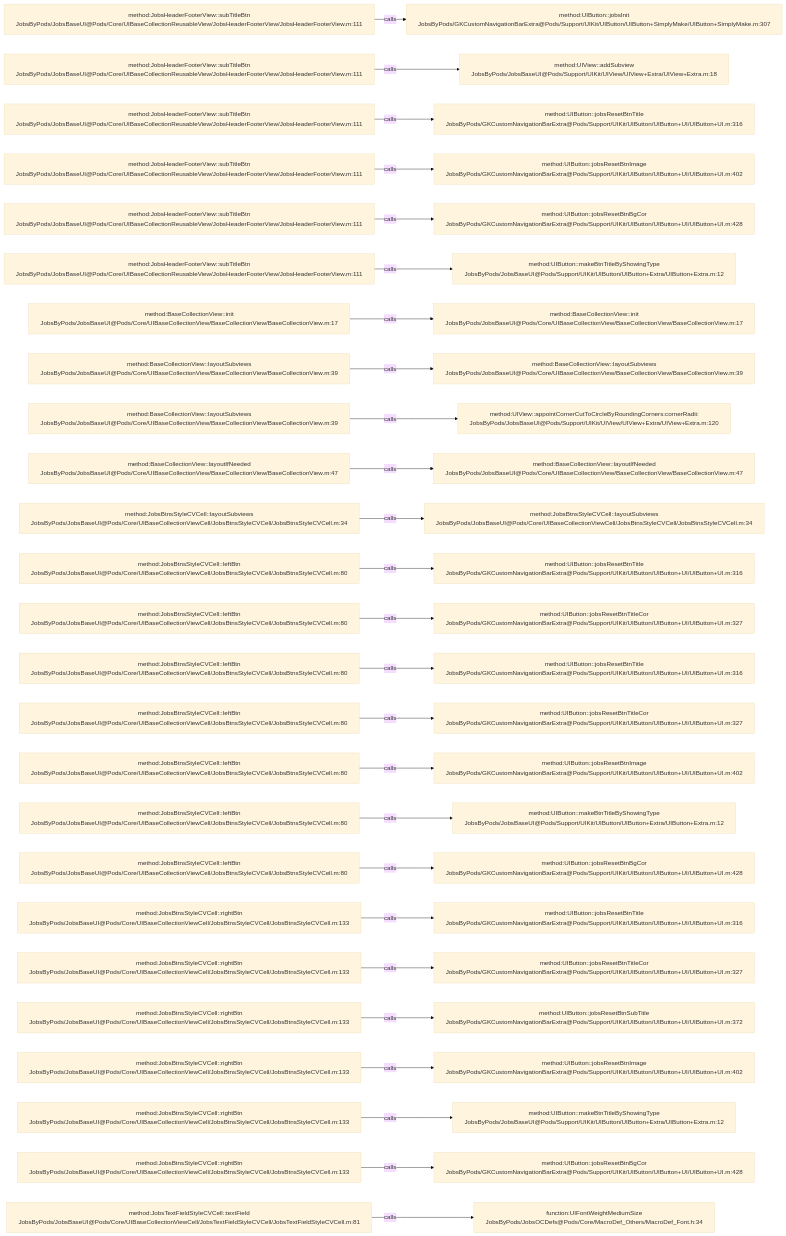
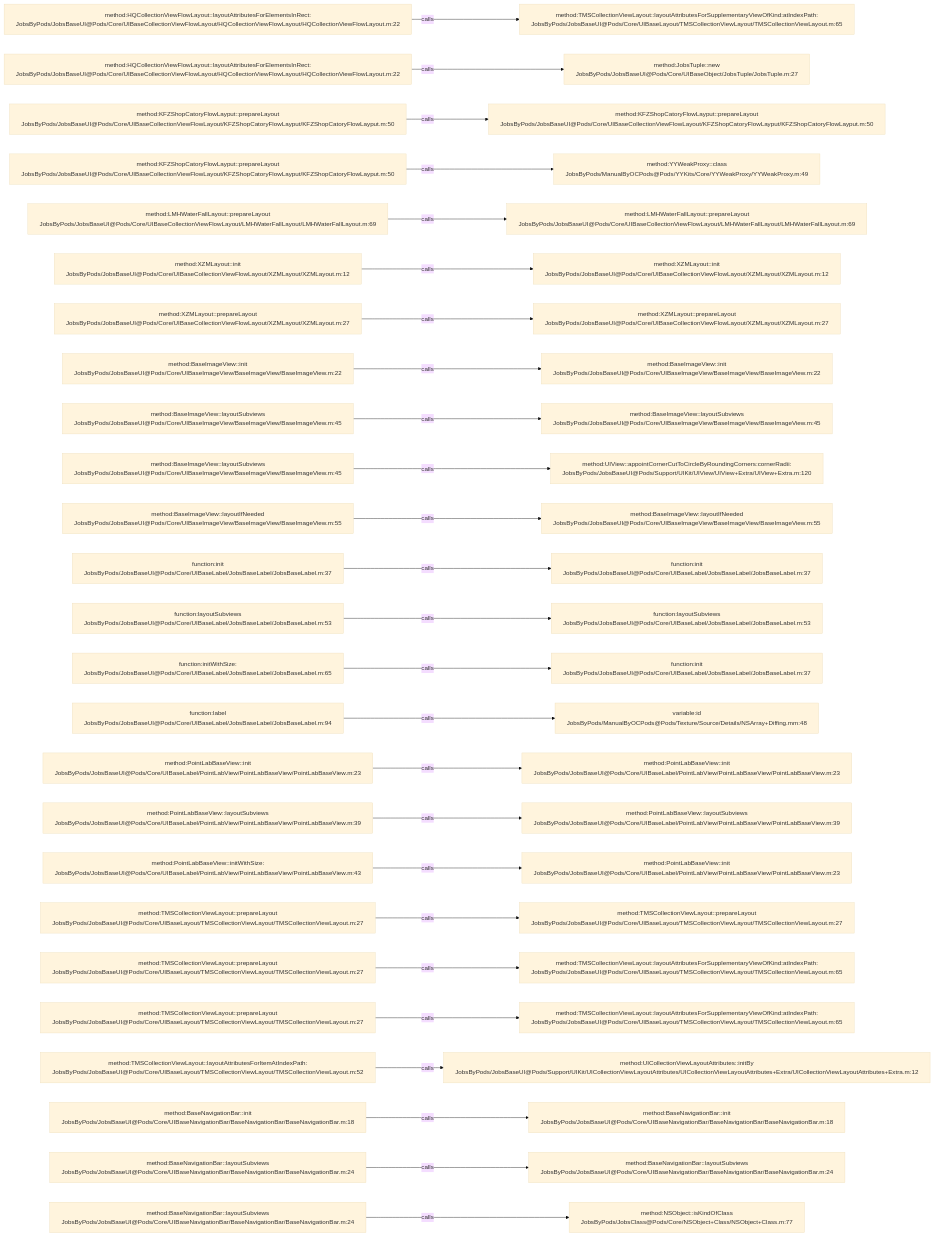
Before and after one commit to JobsKits/JobsOCBaseConfigDemo: the diagram in .codegraph/codegraph.md/graphs/calls-028.md, drawn with Mermaid (base theme). The commit also changed 639 other files, not shown here.

````diff
--- a/.codegraph/codegraph.md/graphs/calls-028.md
+++ b/.codegraph/codegraph.md/graphs/calls-028.md
@@ -13,78 +13,78 @@
 ```mermaid
 flowchart LR
-  S1["method:JobsHeaderFooterView::subTitleBtn<br/>JobsByPods/JobsBaseUI@Pods/Core/UIBaseCollectionReusableView/JobsHeaderFooterView/JobsHeaderFooterView.m:111"]
-  T1["method:UIButton::jobsInit<br/>JobsByPods/GKCustomNavigationBarExtra@Pods/Support/UIKit/UIButton/UIButton+SimplyMake/UIButton+SimplyMake.m:307"]
+  S1["method:HQCollectionViewFlowLayout::layoutAttributesForElementsInRect:<br/>JobsByPods/JobsBaseUI@Pods/Core/UIBaseCollectionViewFlowLayout/HQCollectionViewFlowLayout/HQCollectionViewFlowLayout.m:22"]
+  T1["method:TMSCollectionViewLayout::layoutAttributesForSupplementaryViewOfKind:atIndexPath:<br/>JobsByPods/JobsBaseUI@Pods/Core/UIBaseLayout/TMSCollectionViewLayout/TMSCollectionViewLayout.m:65"]
   S1 -->|calls| T1
-  S2["method:JobsHeaderFooterView::subTitleBtn<br/>JobsByPods/JobsBaseUI@Pods/Core/UIBaseCollectionReusableView/JobsHeaderFooterView/JobsHeaderFooterView.m:111"]
-  T2["method:UIView::addSubview<br/>JobsByPods/JobsBaseUI@Pods/Support/UIKit/UIView/UIView+Extra/UIView+Extra.m:18"]
+  S2["method:HQCollectionViewFlowLayout::layoutAttributesForElementsInRect:<br/>JobsByPods/JobsBaseUI@Pods/Core/UIBaseCollectionViewFlowLayout/HQCollectionViewFlowLayout/HQCollectionViewFlowLayout.m:22"]
+  T2["method:JobsTuple::new<br/>JobsByPods/JobsBaseUI@Pods/Core/UIBaseObject/JobsTuple/JobsTuple.m:27"]
   S2 -->|calls| T2
-  S3["method:JobsHeaderFooterView::subTitleBtn<br/>JobsByPods/JobsBaseUI@Pods/Core/UIBaseCollectionReusableView/JobsHeaderFooterView/JobsHeaderFooterView.m:111"]
-  T3["method:UIButton::jobsResetBtnTitle<br/>JobsByPods/GKCustomNavigationBarExtra@Pods/Support/UIKit/UIButton/UIButton+UI/UIButton+UI.m:316"]
+  S3["method:KFZShopCatoryFlowLayput::prepareLayout<br/>JobsByPods/JobsBaseUI@Pods/Core/UIBaseCollectionViewFlowLayout/KFZShopCatoryFlowLayput/KFZShopCatoryFlowLayput.m:50"]
+  T3["method:KFZShopCatoryFlowLayput::prepareLayout<br/>JobsByPods/JobsBaseUI@Pods/Core/UIBaseCollectionViewFlowLayout/KFZShopCatoryFlowLayput/KFZShopCatoryFlowLayput.m:50"]
   S3 -->|calls| T3
-  S4["method:JobsHeaderFooterView::subTitleBtn<br/>JobsByPods/JobsBaseUI@Pods/Core/UIBaseCollectionReusableView/JobsHeaderFooterView/JobsHeaderFooterView.m:111"]
-  T4["method:UIButton::jobsResetBtnImage<br/>JobsByPods/GKCustomNavigationBarExtra@Pods/Support/UIKit/UIButton/UIButton+UI/UIButton+UI.m:402"]
+  S4["method:KFZShopCatoryFlowLayput::prepareLayout<br/>JobsByPods/JobsBaseUI@Pods/Core/UIBaseCollectionViewFlowLayout/KFZShopCatoryFlowLayput/KFZShopCatoryFlowLayput.m:50"]
+  T4["method:YYWeakProxy::class<br/>JobsByPods/ManualByOCPods@Pods/YYKits/Core/YYWeakProxy/YYWeakProxy.m:49"]
   S4 -->|calls| T4
-  S5["method:JobsHeaderFooterView::subTitleBtn<br/>JobsByPods/JobsBaseUI@Pods/Core/UIBaseCollectionReusableView/JobsHeaderFooterView/JobsHeaderFooterView.m:111"]
-  T5["method:UIButton::jobsResetBtnBgCor<br/>JobsByPods/GKCustomNavigationBarExtra@Pods/Support/UIKit/UIButton/UIButton+UI/UIButton+UI.m:428"]
+  S5["method:LMHWaterFallLayout::prepareLayout<br/>JobsByPods/JobsBaseUI@Pods/Core/UIBaseCollectionViewFlowLayout/LMHWaterFallLayout/LMHWaterFallLayout.m:69"]
+  T5["method:LMHWaterFallLayout::prepareLayout<br/>JobsByPods/JobsBaseUI@Pods/Core/UIBaseCollectionViewFlowLayout/LMHWaterFallLayout/LMHWaterFallLayout.m:69"]
   S5 -->|calls| T5
-  S6["method:JobsHeaderFooterView::subTitleBtn<br/>JobsByPods/JobsBaseUI@Pods/Core/UIBaseCollectionReusableView/JobsHeaderFooterView/JobsHeaderFooterView.m:111"]
-  T6["method:UIButton::makeBtnTitleByShowingType<br/>JobsByPods/JobsBaseUI@Pods/Support/UIKit/UIButton/UIButton+Extra/UIButton+Extra.m:12"]
+  S6["method:XZMLayout::init<br/>JobsByPods/JobsBaseUI@Pods/Core/UIBaseCollectionViewFlowLayout/XZMLayout/XZMLayout.m:12"]
+  T6["method:XZMLayout::init<br/>JobsByPods/JobsBaseUI@Pods/Core/UIBaseCollectionViewFlowLayout/XZMLayout/XZMLayout.m:12"]
   S6 -->|calls| T6
-  S7["method:BaseCollectionView::init<br/>JobsByPods/JobsBaseUI@Pods/Core/UIBaseCollectionView/BaseCollectionView/BaseCollectionView.m:17"]
-  T7["method:BaseCollectionView::init<br/>JobsByPods/JobsBaseUI@Pods/Core/UIBaseCollectionView/BaseCollectionView/BaseCollectionView.m:17"]
+  S7["method:XZMLayout::prepareLayout<br/>JobsByPods/JobsBaseUI@Pods/Core/UIBaseCollectionViewFlowLayout/XZMLayout/XZMLayout.m:27"]
+  T7["method:XZMLayout::prepareLayout<br/>JobsByPods/JobsBaseUI@Pods/Core/UIBaseCollectionViewFlowLayout/XZMLayout/XZMLayout.m:27"]
   S7 -->|calls| T7
-  S8["method:BaseCollectionView::layoutSubviews<br/>JobsByPods/JobsBaseUI@Pods/Core/UIBaseCollectionView/BaseCollectionView/BaseCollectionView.m:39"]
-  T8["method:BaseCollectionView::layoutSubviews<br/>JobsByPods/JobsBaseUI@Pods/Core/UIBaseCollectionView/BaseCollectionView/BaseCollectionView.m:39"]
+  S8["method:BaseImageView::init<br/>JobsByPods/JobsBaseUI@Pods/Core/UIBaseImageView/BaseImageView/BaseImageView.m:22"]
+  T8["method:BaseImageView::init<br/>JobsByPods/JobsBaseUI@Pods/Core/UIBaseImageView/BaseImageView/BaseImageView.m:22"]
   S8 -->|calls| T8
-  S9["method:BaseCollectionView::layoutSubviews<br/>JobsByPods/JobsBaseUI@Pods/Core/UIBaseCollectionView/BaseCollectionView/BaseCollectionView.m:39"]
-  T9["method:UIView::appointCornerCutToCircleByRoundingCorners:cornerRadii:<br/>JobsByPods/JobsBaseUI@Pods/Support/UIKit/UIView/UIView+Extra/UIView+Extra.m:120"]
+  S9["method:BaseImageView::layoutSubviews<br/>JobsByPods/JobsBaseUI@Pods/Core/UIBaseImageView/BaseImageView/BaseImageView.m:45"]
+  T9["method:BaseImageView::layoutSubviews<br/>JobsByPods/JobsBaseUI@Pods/Core/UIBaseImageView/BaseImageView/BaseImageView.m:45"]
   S9 -->|calls| T9
-  S10["method:BaseCollectionView::layoutIfNeeded<br/>JobsByPods/JobsBaseUI@Pods/Core/UIBaseCollectionView/BaseCollectionView/BaseCollectionView.m:47"]
-  T10["method:BaseCollectionView::layoutIfNeeded<br/>JobsByPods/JobsBaseUI@Pods/Core/UIBaseCollectionView/BaseCollectionView/BaseCollectionView.m:47"]
+  S10["method:BaseImageView::layoutSubviews<br/>JobsByPods/JobsBaseUI@Pods/Core/UIBaseImageView/BaseImageView/BaseImageView.m:45"]
+  T10["method:UIView::appointCornerCutToCircleByRoundingCorners:cornerRadii:<br/>JobsByPods/JobsBaseUI@Pods/Support/UIKit/UIView/UIView+Extra/UIView+Extra.m:120"]
   S10 -->|calls| T10
-  S11["method:JobsBtnsStyleCVCell::layoutSubviews<br/>JobsByPods/JobsBaseUI@Pods/Core/UIBaseCollectionViewCell/JobsBtnsStyleCVCell/JobsBtnsStyleCVCell.m:34"]
-  T11["method:JobsBtnsStyleCVCell::layoutSubviews<br/>JobsByPods/JobsBaseUI@Pods/Core/UIBaseCollectionViewCell/JobsBtnsStyleCVCell/JobsBtnsStyleCVCell.m:34"]
+  S11["method:BaseImageView::layoutIfNeeded<br/>JobsByPods/JobsBaseUI@Pods/Core/UIBaseImageView/BaseImageView/BaseImageView.m:55"]
+  T11["method:BaseImageView::layoutIfNeeded<br/>JobsByPods/JobsBaseUI@Pods/Core/UIBaseImageView/BaseImageView/BaseImageView.m:55"]
   S11 -->|calls| T11
-  S12["method:JobsBtnsStyleCVCell::leftBtn<br/>JobsByPods/JobsBaseUI@Pods/Core/UIBaseCollectionViewCell/JobsBtnsStyleCVCell/JobsBtnsStyleCVCell.m:80"]
-  T12["method:UIButton::jobsResetBtnTitle<br/>JobsByPods/GKCustomNavigationBarExtra@Pods/Support/UIKit/UIButton/UIButton+UI/UIButton+UI.m:316"]
+  S12["function:init<br/>JobsByPods/JobsBaseUI@Pods/Core/UIBaseLabel/JobsBaseLabel/JobsBaseLabel.m:37"]
+  T12["function:init<br/>JobsByPods/JobsBaseUI@Pods/Core/UIBaseLabel/JobsBaseLabel/JobsBaseLabel.m:37"]
   S12 -->|calls| T12
-  S13["method:JobsBtnsStyleCVCell::leftBtn<br/>JobsByPods/JobsBaseUI@Pods/Core/UIBaseCollectionViewCell/JobsBtnsStyleCVCell/JobsBtnsStyleCVCell.m:80"]
-  T13["method:UIButton::jobsResetBtnTitleCor<br/>JobsByPods/GKCustomNavigationBarExtra@Pods/Support/UIKit/UIButton/UIButton+UI/UIButton+UI.m:327"]
+  S13["function:layoutSubviews<br/>JobsByPods/JobsBaseUI@Pods/Core/UIBaseLabel/JobsBaseLabel/JobsBaseLabel.m:53"]
+  T13["function:layoutSubviews<br/>JobsByPods/JobsBaseUI@Pods/Core/UIBaseLabel/JobsBaseLabel/JobsBaseLabel.m:53"]
   S13 -->|calls| T13
-  S14["method:JobsBtnsStyleCVCell::leftBtn<br/>JobsByPods/JobsBaseUI@Pods/Core/UIBaseCollectionViewCell/JobsBtnsStyleCVCell/JobsBtnsStyleCVCell.m:80"]
-  T14["method:UIButton::jobsResetBtnTitle<br/>JobsByPods/GKCustomNavigationBarExtra@Pods/Support/UIKit/UIButton/UIButton+UI/UIButton+UI.m:316"]
+  S14["function:initWithSize:<br/>JobsByPods/JobsBaseUI@Pods/Core/UIBaseLabel/JobsBaseLabel/JobsBaseLabel.m:65"]
+  T14["function:init<br/>JobsByPods/JobsBaseUI@Pods/Core/UIBaseLabel/JobsBaseLabel/JobsBaseLabel.m:37"]
   S14 -->|calls| T14
-  S15["method:JobsBtnsStyleCVCell::leftBtn<br/>JobsByPods/JobsBaseUI@Pods/Core/UIBaseCollectionViewCell/JobsBtnsStyleCVCell/JobsBtnsStyleCVCell.m:80"]
-  T15["method:UIButton::jobsResetBtnTitleCor<br/>JobsByPods/GKCustomNavigationBarExtra@Pods/Support/UIKit/UIButton/UIButton+UI/UIButton+UI.m:327"]
+  S15["function:label<br/>JobsByPods/JobsBaseUI@Pods/Core/UIBaseLabel/JobsBaseLabel/JobsBaseLabel.m:94"]
+  T15["variable:id<br/>JobsByPods/ManualByOCPods@Pods/Texture/Source/Details/NSArray+Diffing.mm:48"]
   S15 -->|calls| T15
-  S16["method:JobsBtnsStyleCVCell::leftBtn<br/>JobsByPods/JobsBaseUI@Pods/Core/UIBaseCollectionViewCell/JobsBtnsStyleCVCell/JobsBtnsStyleCVCell.m:80"]
-  T16["method:UIButton::jobsResetBtnImage<br/>JobsByPods/GKCustomNavigationBarExtra@Pods/Support/UIKit/UIButton/UIButton+UI/UIButton+UI.m:402"]
+  S16["method:PointLabBaseView::init<br/>JobsByPods/JobsBaseUI@Pods/Core/UIBaseLabel/PointLabView/PointLabBaseView/PointLabBaseView.m:23"]
+  T16["method:PointLabBaseView::init<br/>JobsByPods/JobsBaseUI@Pods/Core/UIBaseLabel/PointLabView/PointLabBaseView/PointLabBaseView.m:23"]
   S16 -->|calls| T16
-  S17["method:JobsBtnsStyleCVCell::leftBtn<br/>JobsByPods/JobsBaseUI@Pods/Core/UIBaseCollectionViewCell/JobsBtnsStyleCVCell/JobsBtnsStyleCVCell.m:80"]
-  T17["method:UIButton::makeBtnTitleByShowingType<br/>JobsByPods/JobsBaseUI@Pods/Support/UIKit/UIButton/UIButton+Extra/UIButton+Extra.m:12"]
+  S17["method:PointLabBaseView::layoutSubviews<br/>JobsByPods/JobsBaseUI@Pods/Core/UIBaseLabel/PointLabView/PointLabBaseView/PointLabBaseView.m:39"]
+  T17["method:PointLabBaseView::layoutSubviews<br/>JobsByPods/JobsBaseUI@Pods/Core/UIBaseLabel/PointLabView/PointLabBaseView/PointLabBaseView.m:39"]
   S17 -->|calls| T17
-  S18["method:JobsBtnsStyleCVCell::leftBtn<br/>JobsByPods/JobsBaseUI@Pods/Core/UIBaseCollectionViewCell/JobsBtnsStyleCVCell/JobsBtnsStyleCVCell.m:80"]
-  T18["method:UIButton::jobsResetBtnBgCor<br/>JobsByPods/GKCustomNavigationBarExtra@Pods/Support/UIKit/UIButton/UIButton+UI/UIButton+UI.m:428"]
+  S18["method:PointLabBaseView::initWithSize:<br/>JobsByPods/JobsBaseUI@Pods/Core/UIBaseLabel/PointLabView/PointLabBaseView/PointLabBaseView.m:43"]
+  T18["method:PointLabBaseView::init<br/>JobsByPods/JobsBaseUI@Pods/Core/UIBaseLabel/PointLabView/PointLabBaseView/PointLabBaseView.m:23"]
   S18 -->|calls| T18
-  S19["method:JobsBtnsStyleCVCell::rightBtn<br/>JobsByPods/JobsBaseUI@Pods/Core/UIBaseCollectionViewCell/JobsBtnsStyleCVCell/JobsBtnsStyleCVCell.m:133"]
-  T19["method:UIButton::jobsResetBtnTitle<br/>JobsByPods/GKCustomNavigationBarExtra@Pods/Support/UIKit/UIButton/UIButton+UI/UIButton+UI.m:316"]
+  S19["method:TMSCollectionViewLayout::prepareLayout<br/>JobsByPods/JobsBaseUI@Pods/Core/UIBaseLayout/TMSCollectionViewLayout/TMSCollectionViewLayout.m:27"]
+  T19["method:TMSCollectionViewLayout::prepareLayout<br/>JobsByPods/JobsBaseUI@Pods/Core/UIBaseLayout/TMSCollectionViewLayout/TMSCollectionViewLayout.m:27"]
   S19 -->|calls| T19
-  S20["method:JobsBtnsStyleCVCell::rightBtn<br/>JobsByPods/JobsBaseUI@Pods/Core/UIBaseCollectionViewCell/JobsBtnsStyleCVCell/JobsBtnsStyleCVCell.m:133"]
-  T20["method:UIButton::jobsResetBtnTitleCor<br/>JobsByPods/GKCustomNavigationBarExtra@Pods/Support/UIKit/UIButton/UIButton+UI/UIButton+UI.m:327"]
+  S20["method:TMSCollectionViewLayout::prepareLayout<br/>JobsByPods/JobsBaseUI@Pods/Core/UIBaseLayout/TMSCollectionViewLayout/TMSCollectionViewLayout.m:27"]
+  T20["method:TMSCollectionViewLayout::layoutAttributesForSupplementaryViewOfKind:atIndexPath:<br/>JobsByPods/JobsBaseUI@Pods/Core/UIBaseLayout/TMSCollectionViewLayout/TMSCollectionViewLayout.m:65"]
   S20 -->|calls| T20
-  S21["method:JobsBtnsStyleCVCell::rightBtn<br/>JobsByPods/JobsBaseUI@Pods/Core/UIBaseCollectionViewCell/JobsBtnsStyleCVCell/JobsBtnsStyleCVCell.m:133"]
-  T21["method:UIButton::jobsResetBtnSubTitle<br/>JobsByPods/GKCustomNavigationBarExtra@Pods/Support/UIKit/UIButton/UIButton+UI/UIButton+UI.m:372"]
+  S21["method:TMSCollectionViewLayout::prepareLayout<br/>JobsByPods/JobsBaseUI@Pods/Core/UIBaseLayout/TMSCollectionViewLayout/TMSCollectionViewLayout.m:27"]
+  T21["method:TMSCollectionViewLayout::layoutAttributesForSupplementaryViewOfKind:atIndexPath:<br/>JobsByPods/JobsBaseUI@Pods/Core/UIBaseLayout/TMSCollectionViewLayout/TMSCollectionViewLayout.m:65"]
   S21 -->|calls| T21
-  S22["method:JobsBtnsStyleCVCell::rightBtn<br/>JobsByPods/JobsBaseUI@Pods/Core/UIBaseCollectionViewCell/JobsBtnsStyleCVCell/JobsBtnsStyleCVCell.m:133"]
-  T22["method:UIButton::jobsResetBtnImage<br/>JobsByPods/GKCustomNavigationBarExtra@Pods/Support/UIKit/UIButton/UIButton+UI/UIButton+UI.m:402"]
+  S22["method:TMSCollectionViewLayout::layoutAttributesForItemAtIndexPath:<br/>JobsByPods/JobsBaseUI@Pods/Core/UIBaseLayout/TMSCollectionViewLayout/TMSCollectionViewLayout.m:52"]
+  T22["method:UICollectionViewLayoutAttributes::initBy<br/>JobsByPods/JobsBaseUI@Pods/Support/UIKit/UICollectionViewLayoutAttributes/UICollectionViewLayoutAttributes+Extra/UICollectionViewLayoutAttributes+Extra.m:12"]
   S22 -->|calls| T22
-  S23["method:JobsBtnsStyleCVCell::rightBtn<br/>JobsByPods/JobsBaseUI@Pods/Core/UIBaseCollectionViewCell/JobsBtnsStyleCVCell/JobsBtnsStyleCVCell.m:133"]
-  T23["method:UIButton::makeBtnTitleByShowingType<br/>JobsByPods/JobsBaseUI@Pods/Support/UIKit/UIButton/UIButton+Extra/UIButton+Extra.m:12"]
+  S23["method:BaseNavigationBar::init<br/>JobsByPods/JobsBaseUI@Pods/Core/UIBaseNavigationBar/BaseNavigationBar/BaseNavigationBar.m:18"]
+  T23["method:BaseNavigationBar::init<br/>JobsByPods/JobsBaseUI@Pods/Core/UIBaseNavigationBar/BaseNavigationBar/BaseNavigationBar.m:18"]
   S23 -->|calls| T23
-  S24["method:JobsBtnsStyleCVCell::rightBtn<br/>JobsByPods/JobsBaseUI@Pods/Core/UIBaseCollectionViewCell/JobsBtnsStyleCVCell/JobsBtnsStyleCVCell.m:133"]
-  T24["method:UIButton::jobsResetBtnBgCor<br/>JobsByPods/GKCustomNavigationBarExtra@Pods/Support/UIKit/UIButton/UIButton+UI/UIButton+UI.m:428"]
+  S24["method:BaseNavigationBar::layoutSubviews<br/>JobsByPods/JobsBaseUI@Pods/Core/UIBaseNavigationBar/BaseNavigationBar/BaseNavigationBar.m:24"]
+  T24["method:BaseNavigationBar::layoutSubviews<br/>JobsByPods/JobsBaseUI@Pods/Core/UIBaseNavigationBar/BaseNavigationBar/BaseNavigationBar.m:24"]
   S24 -->|calls| T24
-  S25["method:JobsTextFieldStyleCVCell::textField<br/>JobsByPods/JobsBaseUI@Pods/Core/UIBaseCollectionViewCell/JobsTextFieldStyleCVCell/JobsTextFieldStyleCVCell.m:81"]
-  T25["function:UIFontWeightMediumSize<br/>JobsByPods/JobsOCDefs@Pods/Core/MacroDef_Others/MacroDef_Font.h:34"]
+  S25["method:BaseNavigationBar::layoutSubviews<br/>JobsByPods/JobsBaseUI@Pods/Core/UIBaseNavigationBar/BaseNavigationBar/BaseNavigationBar.m:24"]
+  T25["method:NSObject::isKindOfClass<br/>JobsByPods/JobsClass@Pods/Core/NSObject+Class/NSObject+Class.m:77"]
   S25 -->|calls| T25
 ```
````
